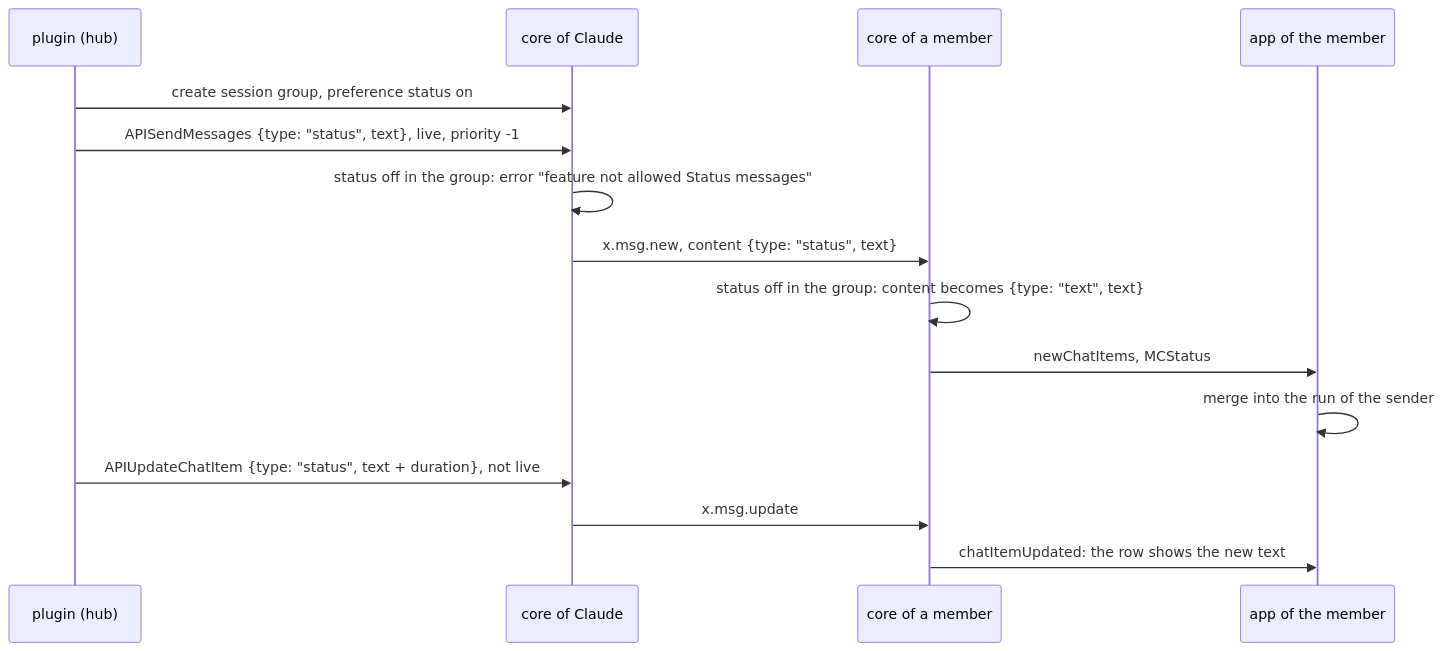
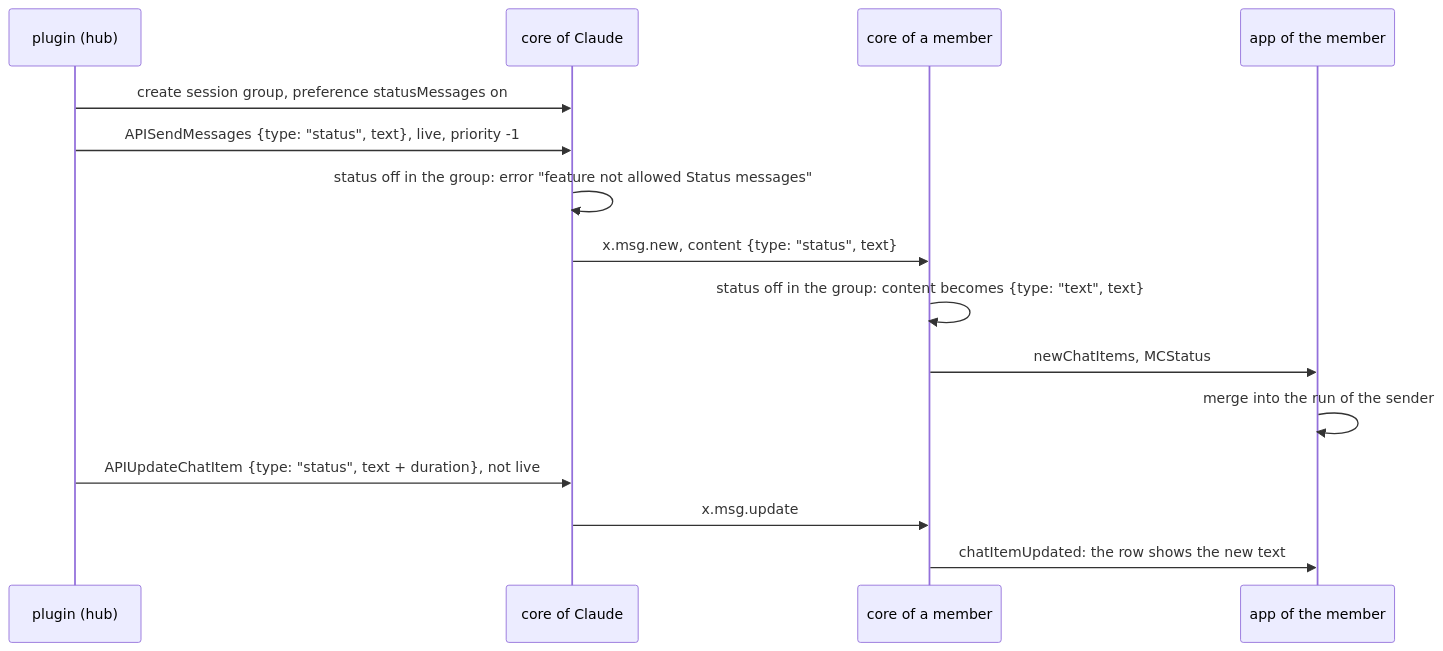
The first of 2 diagrams in plans/2026-11-14-status-messages.md (simplex-chat/simplex-chat), drawn with Mermaid before and after one commit. The commit also changed other lines of this file and 24 other files, not shown here.

Commit message:
core: group preference statusMessages; ui: expanded desktop and iOS status references

````diff
--- a/plans/2026-11-14-status-messages.md
+++ b/plans/2026-11-14-status-messages.md
@@ -73,17 +73,17 @@
 ```mermaid
 sequenceDiagram
   participant P as plugin (hub)
   participant C as core of Claude
   participant R as core of a member
   participant A as app of the member
-  P->>C: create session group, preference status on
+  P->>C: create session group, preference statusMessages on
   P->>C: APISendMessages {type: "status", text}, live, priority -1
   C->>C: status off in the group: error "feature not allowed Status messages"
   C->>R: x.msg.new, content {type: "status", text}
   R->>R: status off in the group: content becomes {type: "text", text}
   R->>A: newChatItems, MCStatus
   A->>A: merge into the run of the sender
   P->>C: APIUpdateChatItem {type: "status", text + duration}, not live
   C->>R: x.msg.update
   R->>A: chatItemUpdated: the row shows the new text
 ```
````
